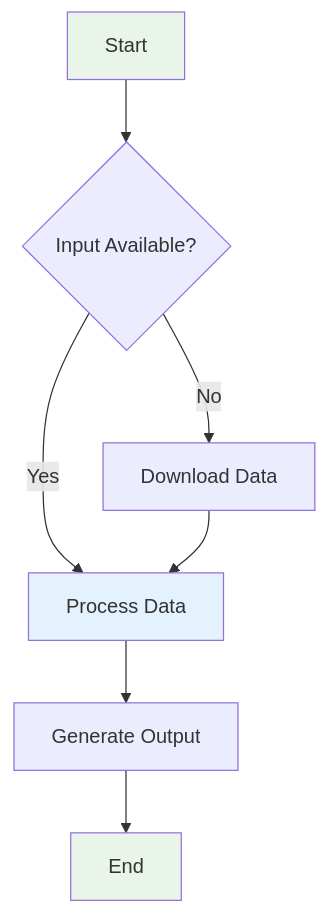
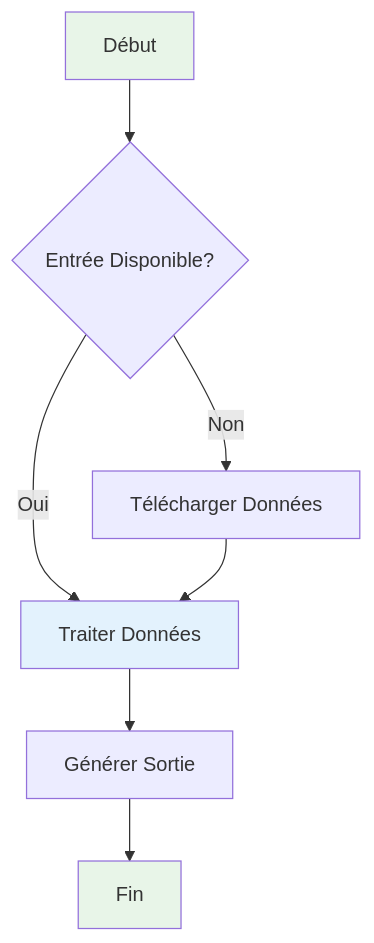
One commit to sducournau/IGN_LIDAR_HD_DATASET changed the first of 12 diagrams in website/i18n/fr/docusaurus-plugin-content-docs/current/mermaid-reference.md. Above: the diagram before and after it, drawn with Mermaid. The commit also changed other lines of this file and 17 other files, not shown here.

````diff
--- a/website/i18n/fr/docusaurus-plugin-content-docs/current/mermaid-reference.md
+++ b/website/i18n/fr/docusaurus-plugin-content-docs/current/mermaid-reference.md
@@ -13,13 +13,13 @@
 ```mermaid
 flowchart TD
-    A[Start] --> B{Input Available?}
-    B -->|Yes| C[Process Data]
-    B -->|No| D[Download Data]
+    A[Début] --> B{Entrée Disponible?}
+    B -->|Oui| C[Traiter Données]
+    B -->|Non| D[Télécharger Données]
     D --> C
-    C --> E[Generate Output]
-    E --> F[End]
+    C --> E[Générer Sortie]
+    E --> F[Fin]
 
     style A fill:#e8f5e8
     style F fill:#e8f5e8
     style C fill:#e3f2fd
 ```
````
